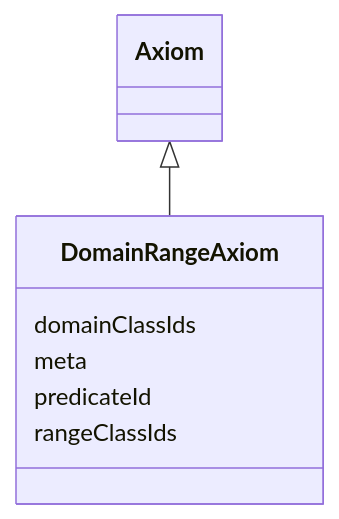
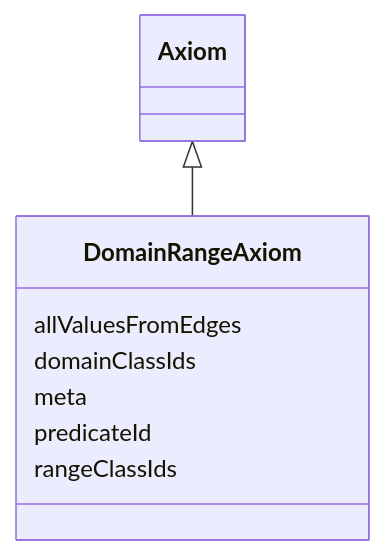
One commit to INCATools/ontology-access-kit changed the diagram in obograph/DomainRangeAxiom.md. Above: the diagram before and after it, drawn with Mermaid. The commit also changed other lines of this file and 92 other files, not shown here.

````diff
--- a/obograph/DomainRangeAxiom.md
+++ b/obograph/DomainRangeAxiom.md
@@ -8,11 +8,12 @@
 ```{mermaid}
  classDiagram
     class DomainRangeAxiom
       Axiom <|-- DomainRangeAxiom
       
+      DomainRangeAxiom : allValuesFromEdges
       DomainRangeAxiom : domainClassIds
       DomainRangeAxiom : meta
       DomainRangeAxiom : predicateId
       DomainRangeAxiom : rangeClassIds
       
 ```
````
